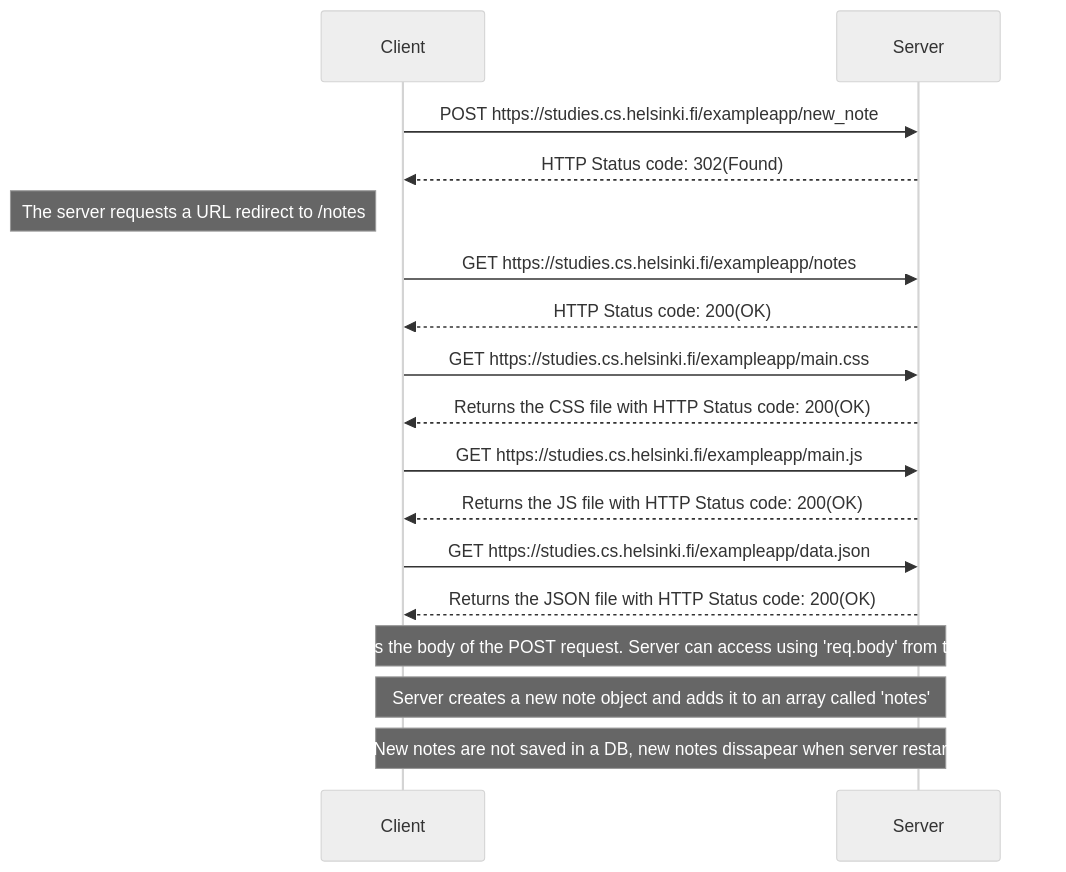
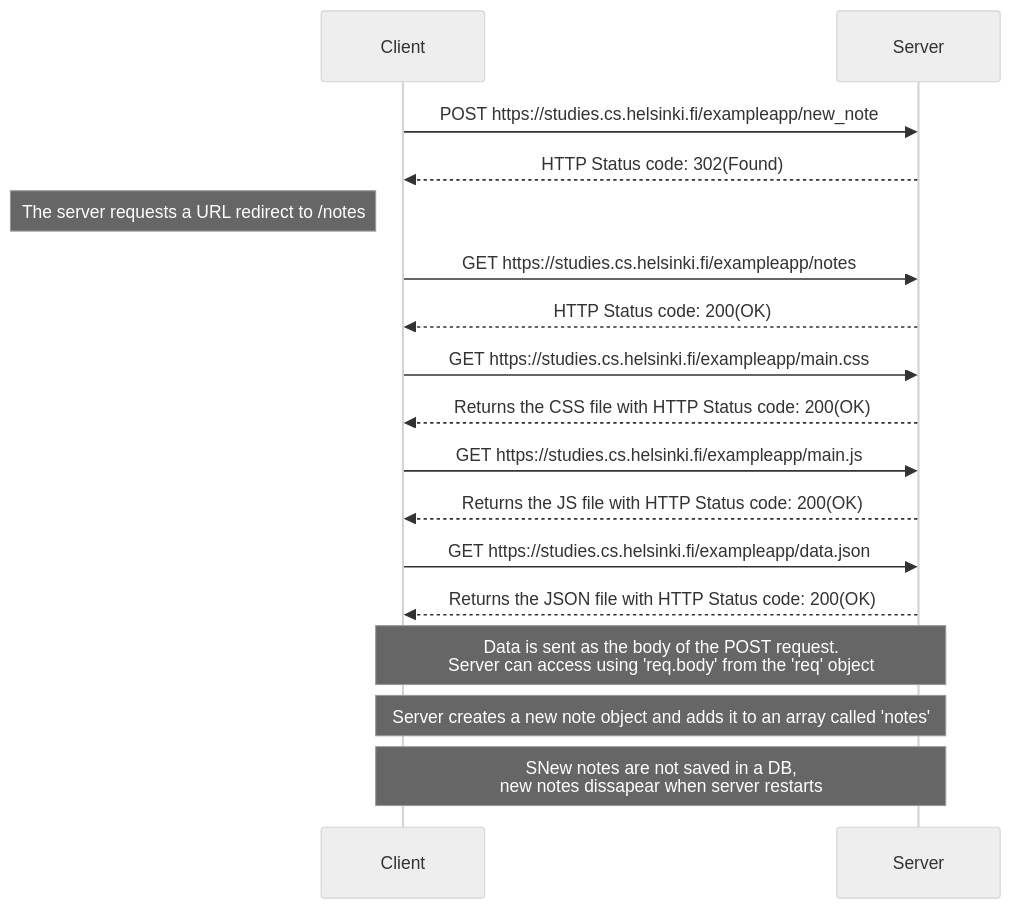
The diagram in traditionalNewNote.md (alejandro26gonzalez/part0), drawn with Mermaid (neutral theme) before and after one commit.

Commit message:
Update notes formatting for clarity in traditionalNewNote.md

````diff
--- a/traditionalNewNote.md
+++ b/traditionalNewNote.md
@@ -7,27 +7,27 @@
 ```mermaid
 sequenceDiagram
     participant Client
     participant Server
 
     Client->>Server: POST https://studies.cs.helsinki.fi/exampleapp/new_note
     Server-->>Client: HTTP Status code: 302(Found)
 
     Note left of Client: The server requests a URL redirect to /notes
 
     Client->>Server: GET https://studies.cs.helsinki.fi/exampleapp/notes
     Server-->>Client: HTTP Status code: 200(OK)
 
     Client->>Server: GET https://studies.cs.helsinki.fi/exampleapp/main.css
     Server-->>Client: Returns the CSS file with HTTP Status code: 200(OK)
 
     Client->>Server: GET https://studies.cs.helsinki.fi/exampleapp/main.js
     Server-->>Client: Returns the JS file with HTTP Status code: 200(OK)
 
     Client->>Server: GET https://studies.cs.helsinki.fi/exampleapp/data.json
     Server-->>Client: Returns the JSON file with HTTP Status code: 200(OK)
 
-    Note over Client,Server: Data is sent as the body of the POST request. Server can access using 'req.body' from the 'req' object
+    Note over Client,Server: Data is sent as the body of the POST request. <br/>Server can access using 'req.body' from the 'req' object
     Note over Client,Server: Server creates a new note object and adds it to an array called 'notes'
-    Note over Client,Server: SNew notes are not saved in a DB, new notes dissapear when server restarts
+    Note over Client,Server: SNew notes are not saved in a DB, <br/>new notes dissapear when server restarts
 
 ```
````
